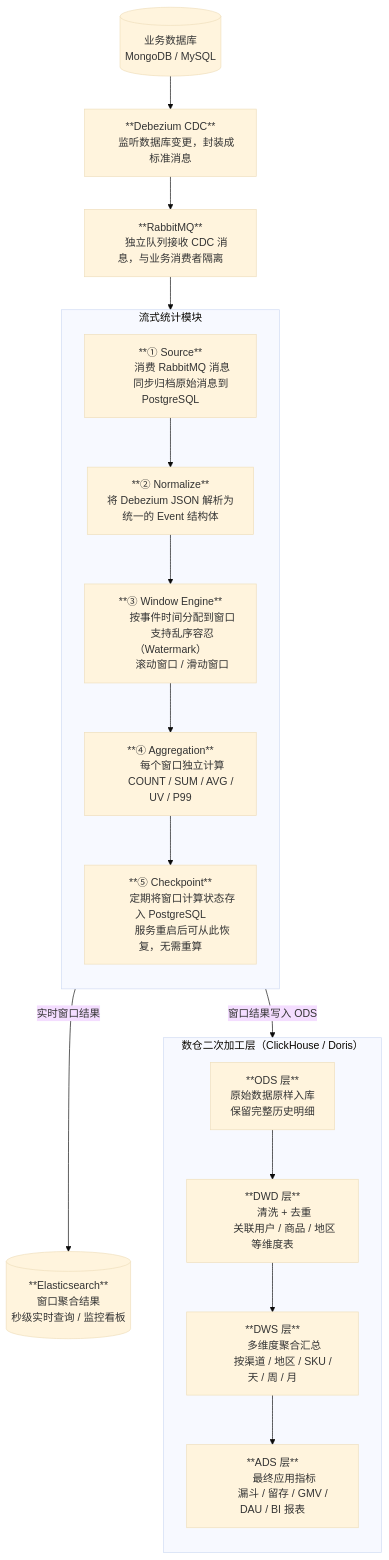
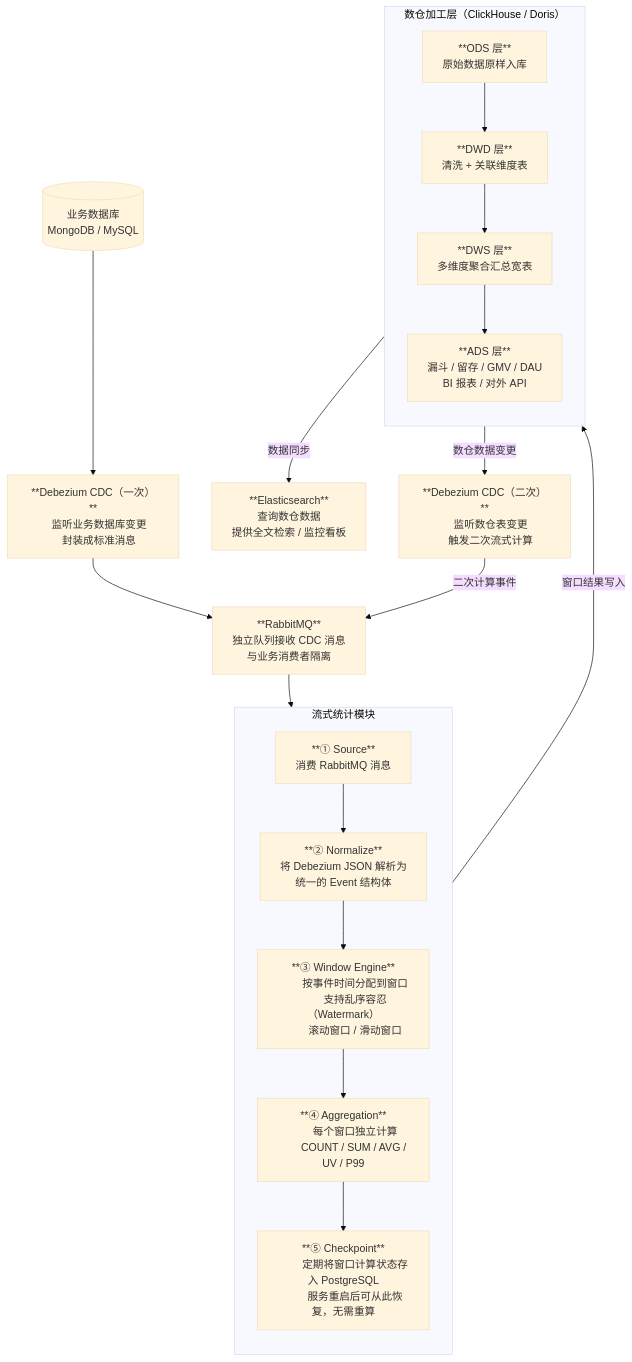
The first of 3 diagrams in stream-stats-design.md (EthanScriptOn/strea-doc), drawn with Mermaid (base theme) before and after one commit. The commit also changed other lines of this file, not shown here.

Commit message:
redesign: ES queries DW, add second-round CDC loop from DW

````diff
--- a/stream-stats-design.md
+++ b/stream-stats-design.md
@@ -9,66 +9,70 @@
 ```mermaid
 flowchart TD
     DB[("`业务数据库
     MongoDB / MySQL`")]
 
-    DBZ["**Debezium CDC**
-    监听数据库变更，封装成标准消息"]
+    DBZ1["**Debezium CDC（一次）**
+    监听业务数据库变更
+    封装成标准消息"]
 
     MQ["**RabbitMQ**
-    独立队列接收 CDC 消息，与业务消费者隔离"]
+    独立队列接收 CDC 消息
+    与业务消费者隔离"]
 
     subgraph STREAM["流式统计模块"]
         direction TB
         A["**① Source**
-        消费 RabbitMQ 消息
-        同步归档原始消息到 PostgreSQL"]
+        消费 RabbitMQ 消息"]
 
         B["**② Normalize**
         将 Debezium JSON 解析为
         统一的 Event 结构体"]
 
         C["**③ Window Engine**
         按事件时间分配到窗口
         支持乱序容忍（Watermark）
         滚动窗口 / 滑动窗口"]
 
         D["**④ Aggregation**
         每个窗口独立计算
         COUNT / SUM / AVG / UV / P99"]
 
         E["**⑤ Checkpoint**
         定期将窗口计算状态存入 PostgreSQL
         服务重启后可从此恢复，无需重算"]
 
         A --> B --> C --> D --> E
     end
 
-    ES[("**Elasticsearch**
-    窗口聚合结果
-    秒级实时查询 / 监控看板")]
-
-    subgraph DW["数仓二次加工层（ClickHouse / Doris）"]
+    subgraph DW["数仓加工层（ClickHouse / Doris）"]
         direction TB
         ODS["**ODS 层**
-        原始数据原样入库
-        保留完整历史明细"]
+        原始数据原样入库"]
 
         DWD["**DWD 层**
-        清洗 + 去重
-        关联用户 / 商品 / 地区等维度表"]
+        清洗 + 关联维度表"]
 
         DWS["**DWS 层**
-        多维度聚合汇总
-        按渠道 / 地区 / SKU / 天 / 周 / 月"]
+        多维度聚合汇总宽表"]
 
         ADS["**ADS 层**
-        最终应用指标
-        漏斗 / 留存 / GMV / DAU / BI 报表"]
+        漏斗 / 留存 / GMV / DAU
+        BI 报表 / 对外 API"]
 
         ODS --> DWD --> DWS --> ADS
     end
 
-    DB --> DBZ --> MQ --> A
-    D -- "实时窗口结果" --> ES
-    D -- "窗口结果写入 ODS" --> ODS
+    ES["**Elasticsearch**
+    查询数仓数据
+    提供全文检索 / 监控看板"]
+
+    DBZ2["**Debezium CDC（二次）**
+    监听数仓表变更
+    触发二次流式计算"]
+
+    DB --> DBZ1 --> MQ --> A
+    D -- "窗口结果写入" --> ODS
+    ADS -- "数据同步" --> ES
+    DWS -- "数仓数据变更" --> DBZ2
+    DBZ2 -- "二次计算事件" --> MQ
 ```
````
